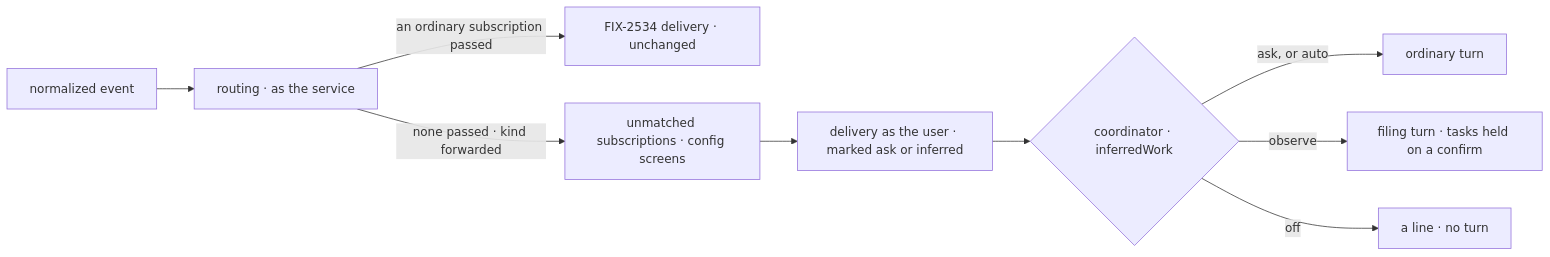
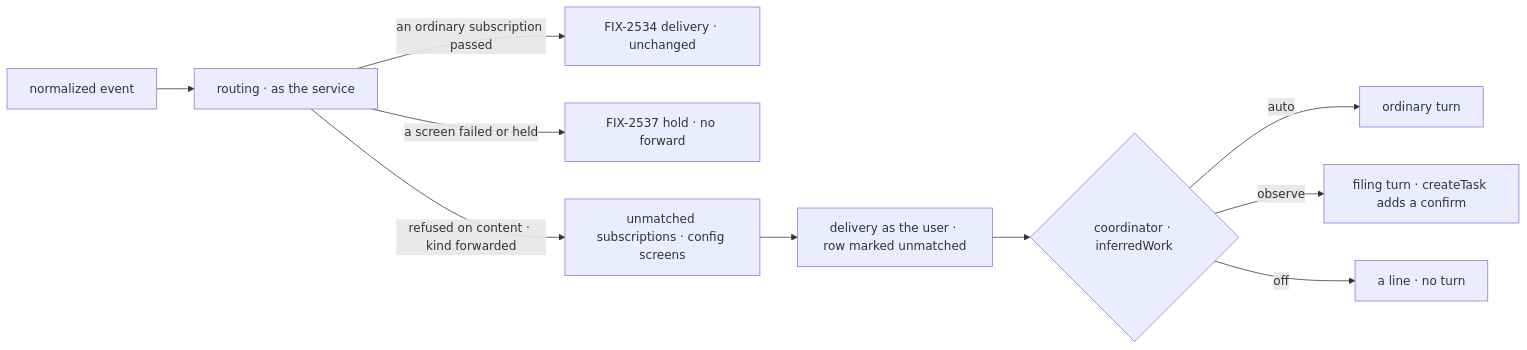
The third of 3 diagrams in specs/issues/FIX-2538/SPEC.md (fixpoint-labs/flow-state-dev), drawn with Mermaid before and after one commit. The commit also changed other lines of this file and 4 other files, not shown here.

````diff
--- a/specs/issues/FIX-2538/SPEC.md
+++ b/specs/issues/FIX-2538/SPEC.md
@@ -92,11 +93,12 @@
 ```mermaid
 flowchart LR
   E["normalized event"] --> R["routing · as the service"]
   R -->|"an ordinary subscription passed"| D["FIX-2534 delivery · unchanged"]
-  R -->|"none passed · kind forwarded"| U["unmatched subscriptions · config screens"]
-  U --> M["delivery as the user · marked ask or inferred"]
+  R -->|"a screen failed or held"| H0["FIX-2537 hold · no forward"]
+  R -->|"refused on content · kind forwarded"| U["unmatched subscriptions · config screens"]
+  U --> M["delivery as the user · row marked unmatched"]
   M --> T{"coordinator · inferredWork"}
-  T -->|"ask, or auto"| W["ordinary turn"]
-  T -->|"observe"| H["filing turn · tasks held on a confirm"]
+  T -->|"auto"| W["ordinary turn"]
+  T -->|"observe"| H["filing turn · createTask adds a confirm"]
   T -->|"off"| N["a line · no turn"]
 ```
````
